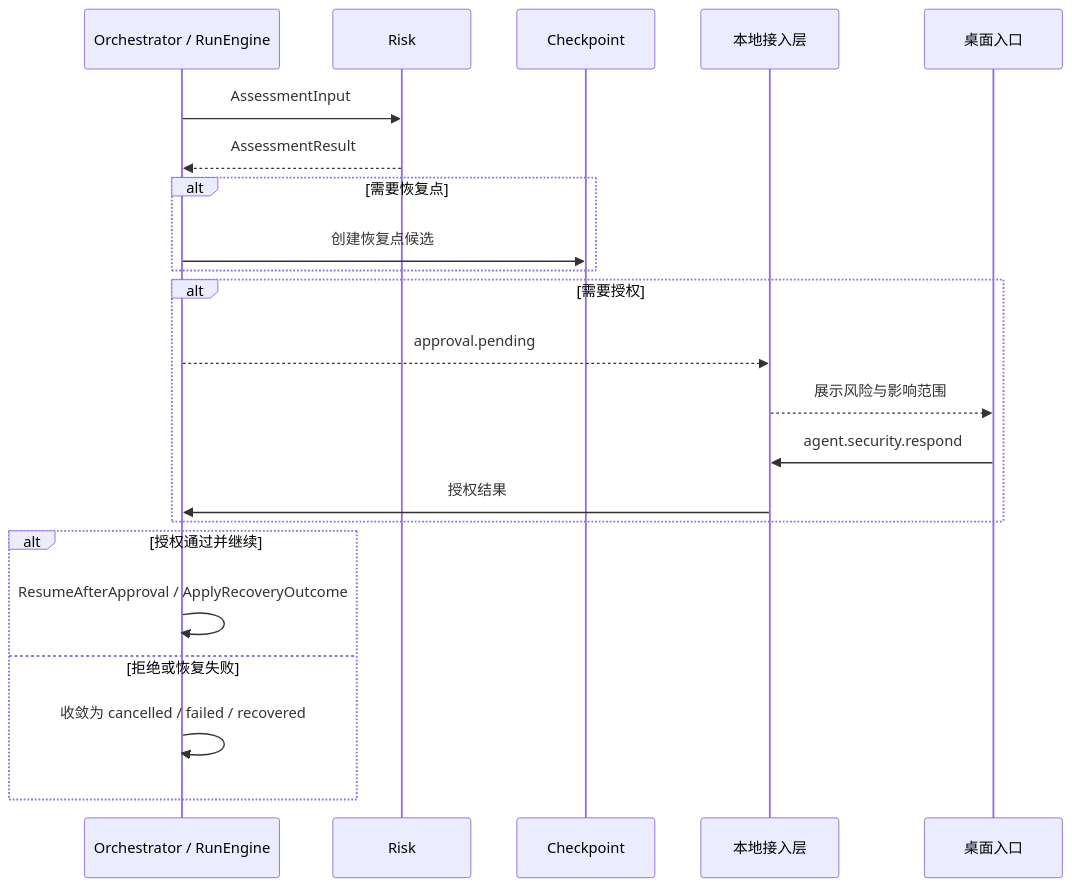
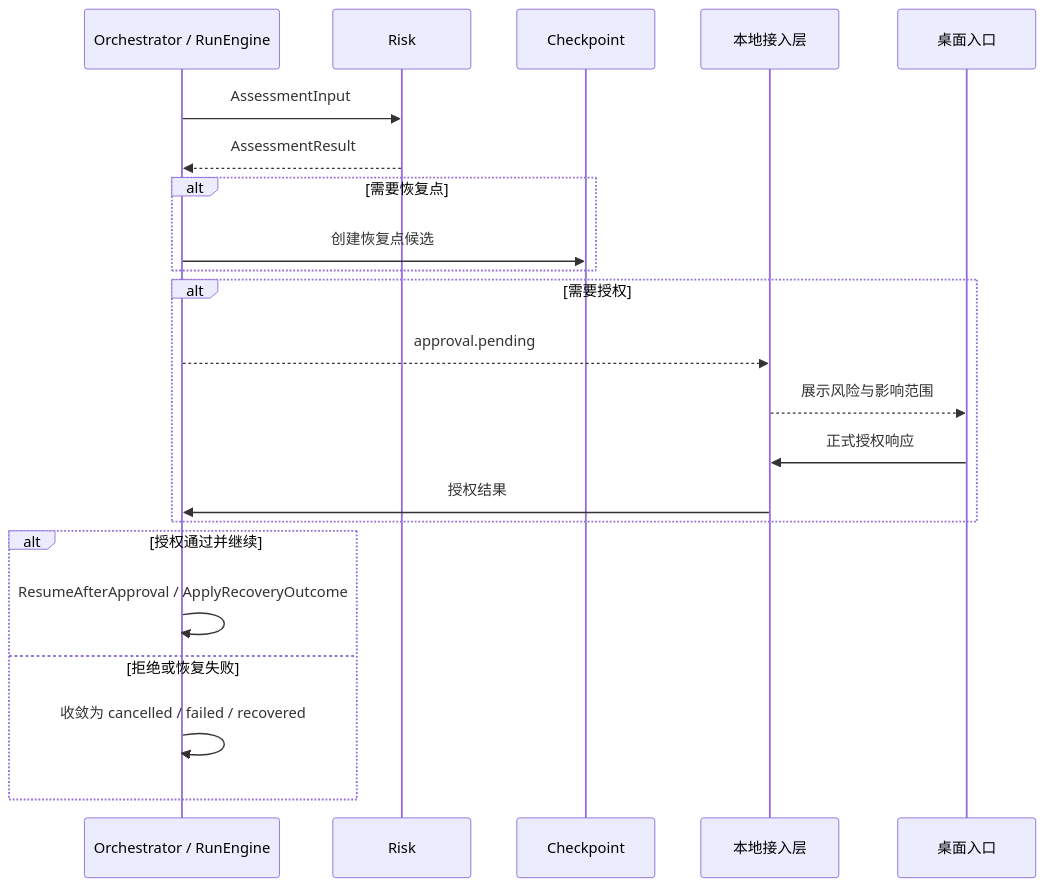
Before and after one commit to Blackcloudss/CialloClaw: the fourth of 5 diagrams in docs/architecture-overview.md, drawn with Mermaid. The commit also changed other lines of this file, not shown here.

Commit message:
docs(architecture): trim protocol overlap in overview

````diff
--- a/docs/architecture-overview.md
+++ b/docs/architecture-overview.md
@@ -336,25 +336,25 @@
 ```mermaid
 sequenceDiagram
     participant RUN as Orchestrator / RunEngine
     participant RISK as Risk
     participant CKPT as Checkpoint
     participant RPC as 本地接入层
     participant UI as 桌面入口
 
     RUN->>RISK: AssessmentInput
     RISK-->>RUN: AssessmentResult
     alt 需要恢复点
         RUN->>CKPT: 创建恢复点候选
     end
     alt 需要授权
         RUN-->>RPC: approval.pending
         RPC-->>UI: 展示风险与影响范围
-        UI->>RPC: agent.security.respond
+        UI->>RPC: 正式授权响应
         RPC->>RUN: 授权结果
     end
     alt 授权通过并继续
         RUN->>RUN: ResumeAfterApproval / ApplyRecoveryOutcome
     else 拒绝或恢复失败
         RUN->>RUN: 收敛为 cancelled / failed / recovered
     end
 ```
````
